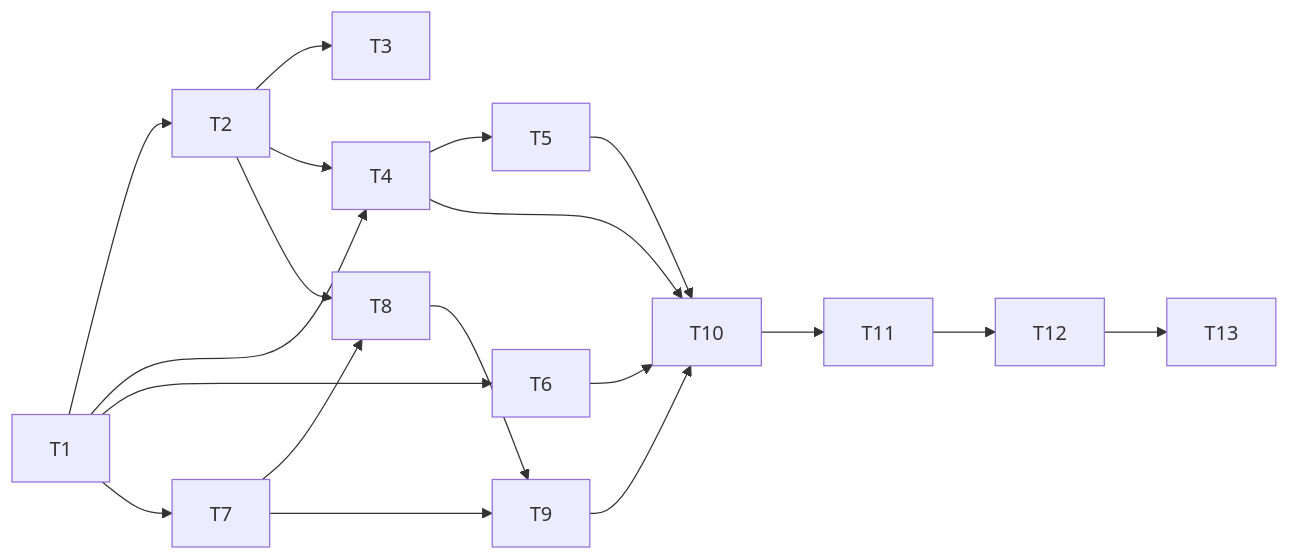
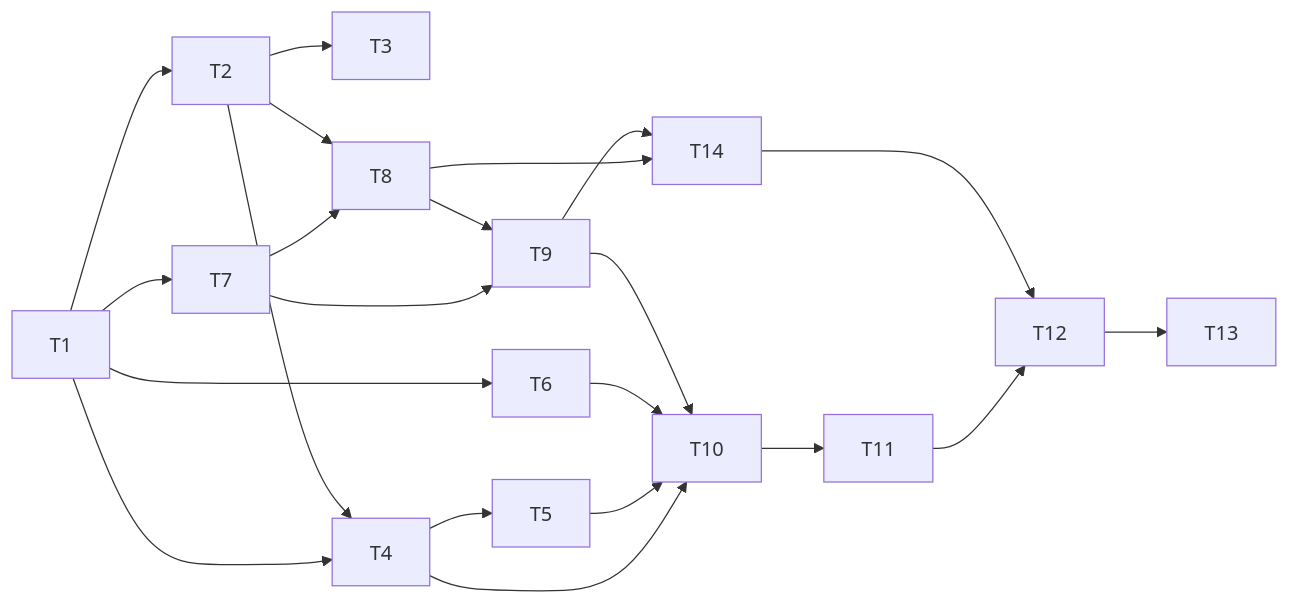
One commit to balazsvrg/solo-harness changed the diagram in specs/changes/1-bootstrap-template/tasks.md. Above: the diagram before and after it, drawn with Mermaid. The commit also changed other lines of this file and 12 other files, not shown here.

````diff
--- a/specs/changes/1-bootstrap-template/tasks.md
+++ b/specs/changes/1-bootstrap-template/tasks.md
@@ -5,15 +5,17 @@
 ```mermaid
 flowchart LR
   T1 --> T2 --> T3
   T1 --> T4
   T2 --> T4 --> T5
   T1 --> T6
   T1 --> T7 --> T8
   T2 --> T8
   T7 --> T9
   T8 --> T9
   T4 --> T10
   T5 --> T10
   T6 --> T10
   T9 --> T10 --> T11 --> T12 --> T13
+  T8 --> T14
+  T9 --> T14 --> T12
 ```
````
